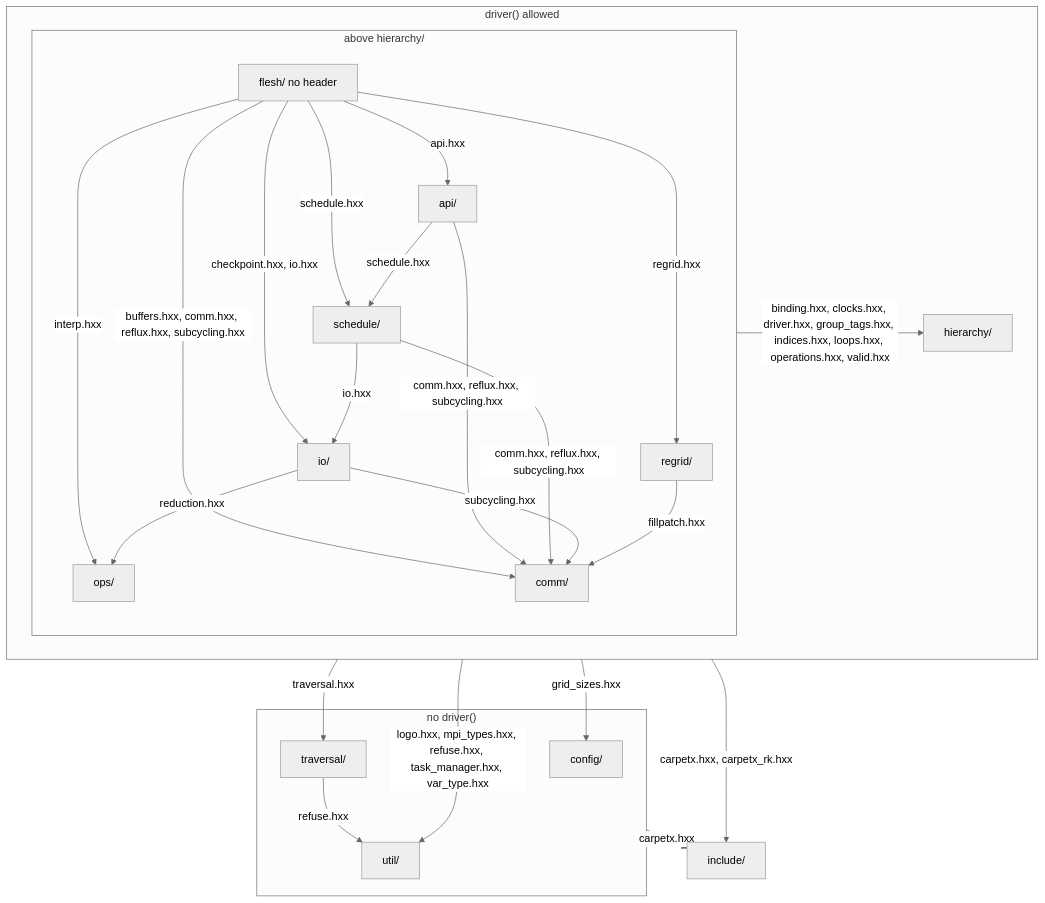
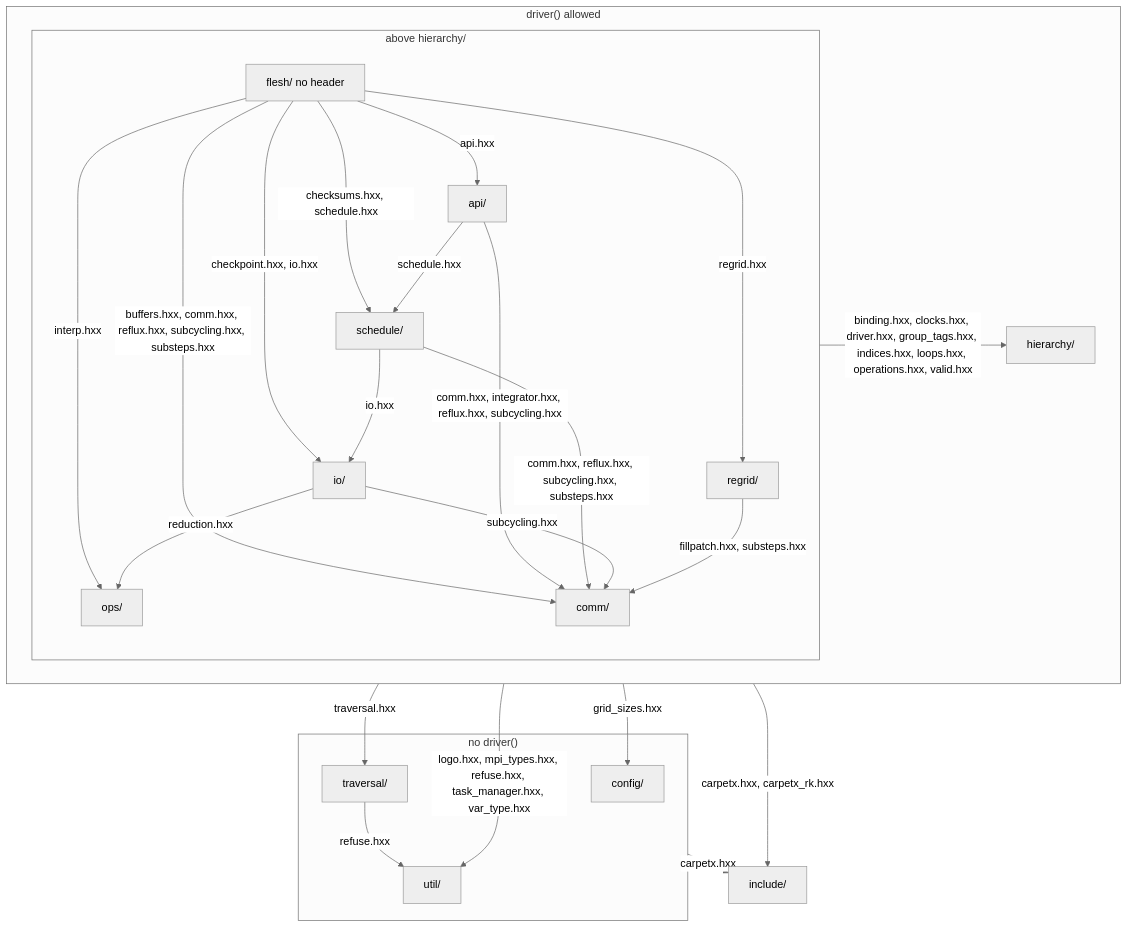
Before and after one commit to lwJi/CarpetX: the first of 3 diagrams in agent_docs/carpetx-internals.md, drawn with Mermaid (neutral theme). The commit also changed other lines of this file and 28 other files, not shown here.

First line of the commit message:
CarpetX: read-only queries leave hierarchy/ for comm/ and schedule/

````diff
--- a/agent_docs/carpetx-internals.md
+++ b/agent_docs/carpetx-internals.md
@@ -7,41 +7,41 @@
 ```mermaid
 flowchart TB
   subgraph door["driver() allowed"]
     subgraph above["above hierarchy/"]
       flesh["flesh/ no header"]
       api["api/"]
       schedule["schedule/"]
       io["io/"]
       ops["ops/"]
       regrid["regrid/"]
       comm["comm/"]
     end
     hierarchy["hierarchy/"]
   end
   subgraph nodoor["no driver()"]
     config["config/"]
     traversal["traversal/"]
     util["util/"]
   end
   include["include/"]
   flesh -- "api.hxx" --> api
-  flesh -- "schedule.hxx" --> schedule
+  flesh -- "checksums.hxx, schedule.hxx" --> schedule
   flesh -- "checkpoint.hxx, io.hxx" --> io
   flesh -- "interp.hxx" --> ops
   flesh -- "regrid.hxx" --> regrid
-  flesh -- "buffers.hxx, comm.hxx, reflux.hxx, subcycling.hxx" --> comm
+  flesh -- "buffers.hxx, comm.hxx, reflux.hxx, subcycling.hxx, substeps.hxx" --> comm
   api -- "schedule.hxx" --> schedule
-  api -- "comm.hxx, reflux.hxx, subcycling.hxx" --> comm
+  api -- "comm.hxx, integrator.hxx, reflux.hxx, subcycling.hxx" --> comm
   schedule -- "io.hxx" --> io
-  schedule -- "comm.hxx, reflux.hxx, subcycling.hxx" --> comm
+  schedule -- "comm.hxx, reflux.hxx, subcycling.hxx, substeps.hxx" --> comm
   io -- "reduction.hxx" --> ops
   io -- "subcycling.hxx" --> comm
-  regrid -- "fillpatch.hxx" --> comm
+  regrid -- "fillpatch.hxx, substeps.hxx" --> comm
   traversal -- "refuse.hxx" --> util
   above -- "binding.hxx, clocks.hxx, driver.hxx, group_tags.hxx, indices.hxx, loops.hxx, operations.hxx, valid.hxx" --> hierarchy
   door -- "grid_sizes.hxx" --> config
   door -- "traversal.hxx" --> traversal
   door -- "logo.hxx, mpi_types.hxx, refuse.hxx, task_manager.hxx, var_type.hxx" --> util
   door -- "carpetx.hxx, carpetx_rk.hxx" --> include
   nodoor -- "carpetx.hxx" --> include
 ```
````
